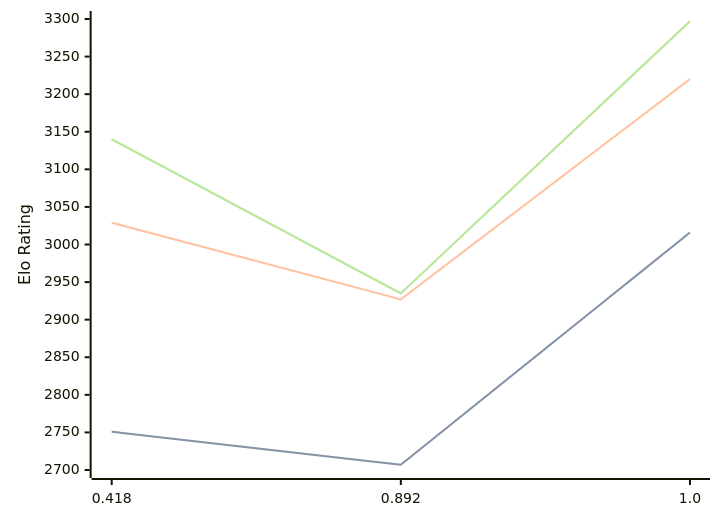
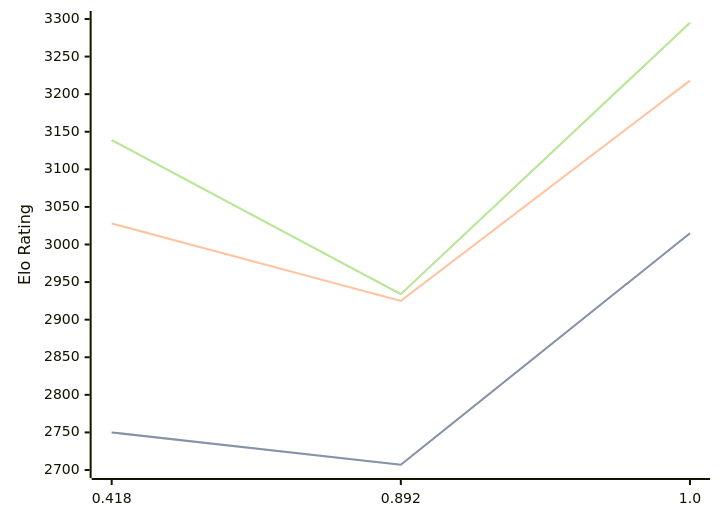
Before and after one commit to computer-chess-index/cci: the diagram in engines/Malika.md, drawn with Mermaid. The commit also changed other lines of this file, not shown here.

Commit message:
Update CCI Ratings (ELO VLTC) - 2026-04-26

````diff
--- a/engines/Malika.md
+++ b/engines/Malika.md
@@ -33,11 +33,11 @@
 ```mermaid
 %%{init: {"theme":"base","themeVariables":{"seriesColors:['#a3a3a3','#222221','#faa371']}}}%%
 xychart-beta
   x-axis ["0.418", "0.892", "1.0"]
   y-axis "Elo Rating" 2700 --> 3300
-  line "STC (8.0+0.08s)" [2751, 2707, 3016]
-  line "STC (8.0+0.08s)" [2751, 2707, 3016]
-  line "LTC (60.0+0.60s)" [3029, 2927, 3220]
-  line "VLTC (2m24s+1.12s)" [3140, 2935, 3297]
-  line "VLTC (2m24s+1.12s)" [3140, 2935, 3297]
+  line "STC (8.0+0.08s)" [2750, 2707, 3015]
+  line "STC (8.0+0.08s)" [2750, 2707, 3015]
+  line "LTC (60.0+0.60s)" [3028, 2925, 3218]
+  line "VLTC (2m24s+1.12s)" [3139, 2934, 3295]
+  line "VLTC (2m24s+1.12s)" [3139, 2934, 3295]
 ```
````
